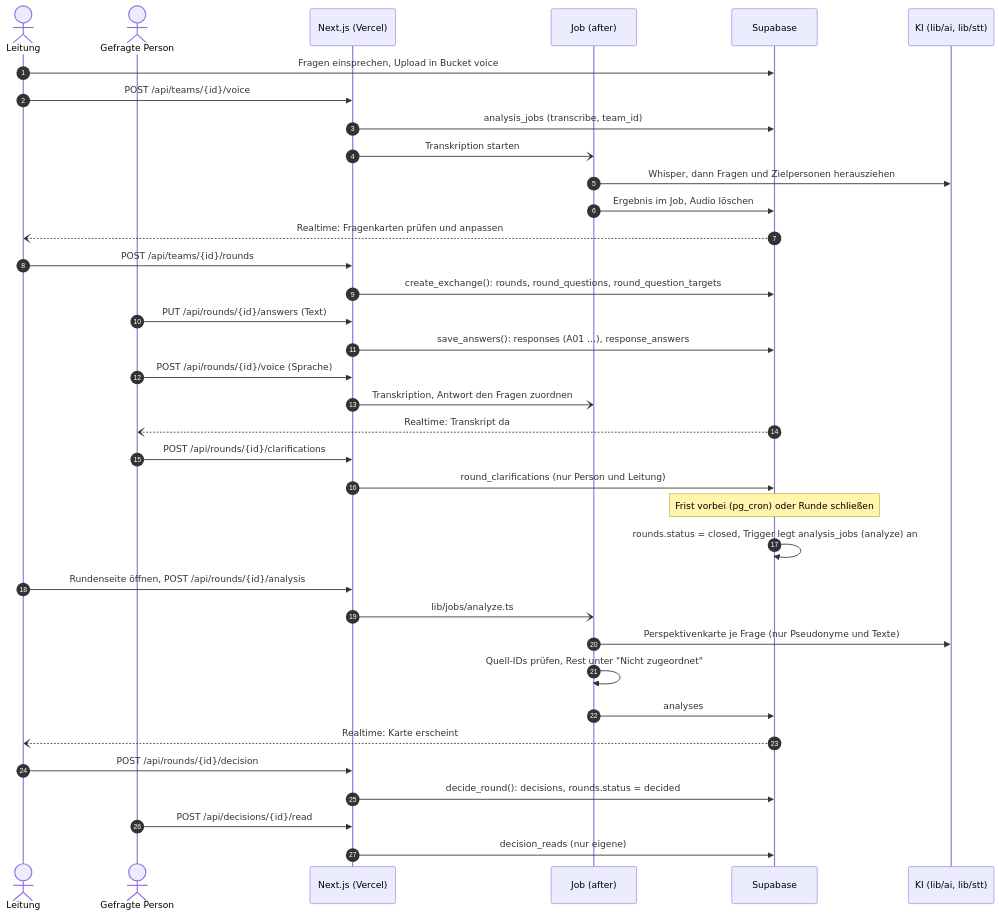
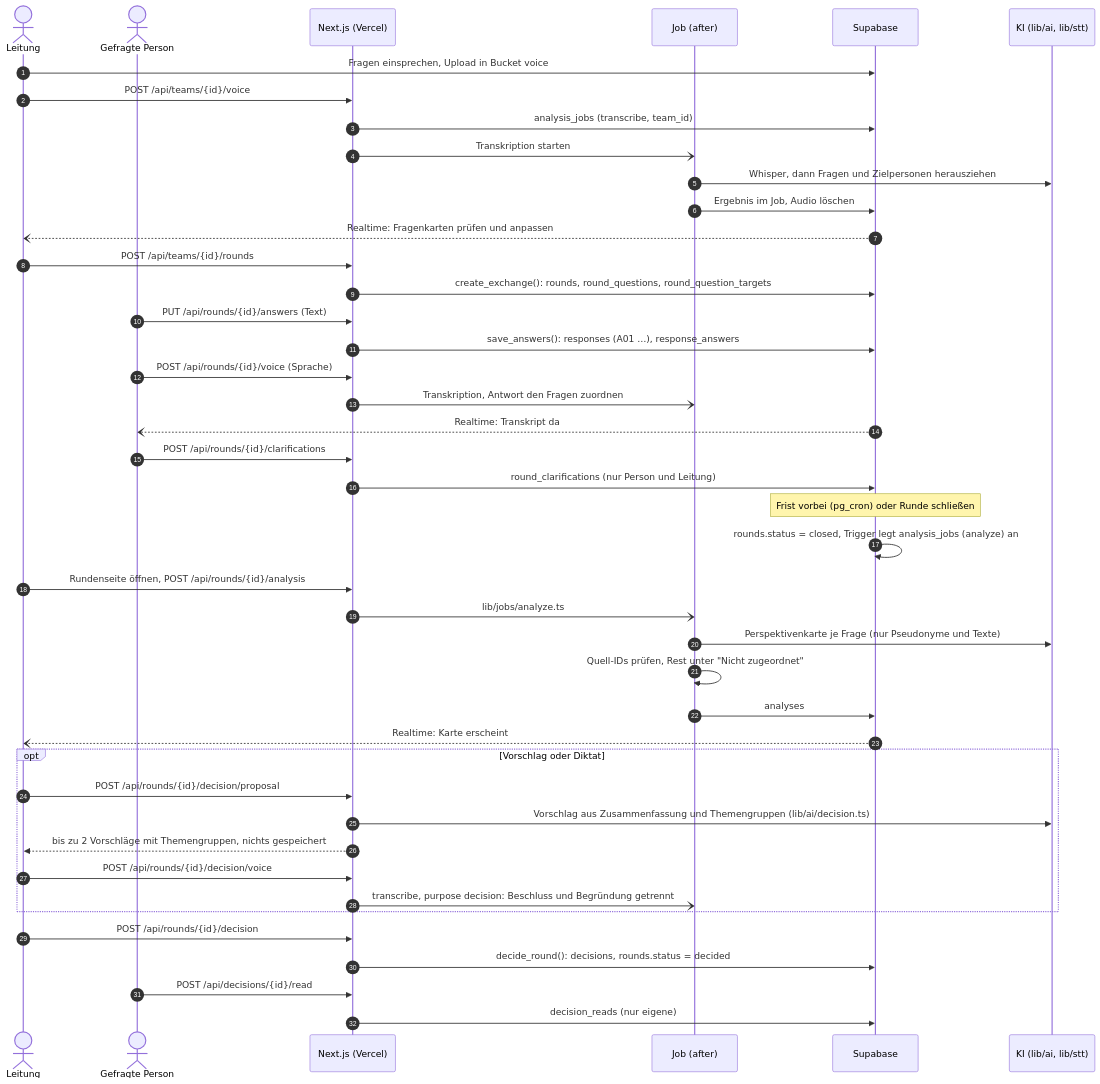
Before and after one commit to Co-Future/CoFuture: the second of 4 diagrams in docs/architecture.md, drawn with Mermaid. The commit also changed other lines of this file and 14 other files, not shown here.

First line of the commit message:
feat(7c): Beschlussvorschläge und Beschluss einsprechen (#46)

````diff
--- a/docs/architecture.md
+++ b/docs/architecture.md
@@ -59,42 +59,49 @@
 ```mermaid
 sequenceDiagram
   autonumber
   actor L as Leitung
   actor P as Gefragte Person
   participant N as Next.js (Vercel)
   participant J as Job (after)
   participant S as Supabase
   participant K as KI (lib/ai, lib/stt)
 
   L->>S: Fragen einsprechen, Upload in Bucket voice
   L->>N: POST /api/teams/{id}/voice
   N->>S: analysis_jobs (transcribe, team_id)
   N-)J: Transkription starten
   J->>K: Whisper, dann Fragen und Zielpersonen herausziehen
   J->>S: Ergebnis im Job, Audio löschen
   S--)L: Realtime: Fragenkarten prüfen und anpassen
   L->>N: POST /api/teams/{id}/rounds
   N->>S: create_exchange(): rounds, round_questions, round_question_targets
 
   P->>N: PUT /api/rounds/{id}/answers (Text)
   N->>S: save_answers(): responses (A01 …), response_answers
   P->>N: POST /api/rounds/{id}/voice (Sprache)
   N-)J: Transkription, Antwort den Fragen zuordnen
   S--)P: Realtime: Transkript da
   P->>N: POST /api/rounds/{id}/clarifications
   N->>S: round_clarifications (nur Person und Leitung)
 
   Note over S: Frist vorbei (pg_cron) oder Runde schließen
   S->>S: rounds.status = closed, Trigger legt analysis_jobs (analyze) an
   L->>N: Rundenseite öffnen, POST /api/rounds/{id}/analysis
   N-)J: lib/jobs/analyze.ts
   J->>K: Perspektivenkarte je Frage (nur Pseudonyme und Texte)
   J->>J: Quell-IDs prüfen, Rest unter "Nicht zugeordnet"
   J->>S: analyses
   S--)L: Realtime: Karte erscheint
 
+  opt Vorschlag oder Diktat
+    L->>N: POST /api/rounds/{id}/decision/proposal
+    N->>K: Vorschlag aus Zusammenfassung und Themengruppen (lib/ai/decision.ts)
+    N-->>L: bis zu 2 Vorschläge mit Themengruppen, nichts gespeichert
+    L->>N: POST /api/rounds/{id}/decision/voice
+    N-)J: transcribe, purpose decision: Beschluss und Begründung getrennt
+  end
   L->>N: POST /api/rounds/{id}/decision
   N->>S: decide_round(): decisions, rounds.status = decided
   P->>N: POST /api/decisions/{id}/read
   N->>S: decision_reads (nur eigene)
 ```
````
